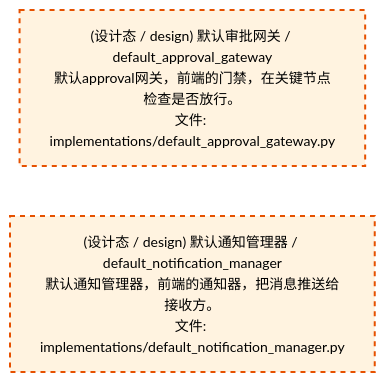
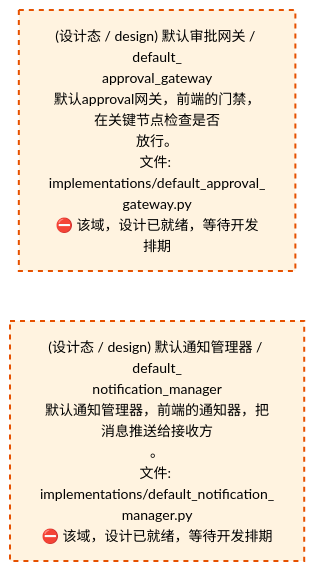
The third of 4 diagrams in docs/02_enterprise_architecture/02_domain_architecture_docs/47_d_frontend.md (xuanFelixVan/ZephyrAlpha), drawn with Mermaid before and after one commit. The commit also changed other lines of this file and 61 other files, not shown here.

````diff
--- a/docs/02_enterprise_architecture/02_domain_architecture_docs/47_d_frontend.md
+++ b/docs/02_enterprise_architecture/02_domain_architecture_docs/47_d_frontend.md
@@ -177,12 +177,12 @@
 ```mermaid
 %%{init: {'theme': 'base', 'themeVariables': {'primaryColor': '#eaeaea', 'primaryTextColor': '#333333', 'primaryBorderColor': '#666666', 'lineColor': '#666666', 'secondaryColor': '#eaeaea', 'tertiaryColor': '#eaeaea', 'fontSize': '14px'}}}%%
 flowchart TD
-    src_zephyr_frontend_implementations_default_approval_gateway_py["(设计态 / design) 默认审批网关 / default_approval_gateway<br/>默认approval网关，前端的门禁，在关键节点检查是否放行。<br/>文件: implementations/default_approval_gateway.py"]
-    src_zephyr_frontend_implementations_default_notification_manager_py["(设计态 / design) 默认通知管理器 / default_notification_manager<br/>默认通知管理器，前端的通知器，把消息推送给接收方。<br/>文件: implementations/default_notification_manager.py"]
+    src_zephyr_frontend_implementations_default_approval_gateway_py["(设计态 / design) 默认审批网关 / default_<br/>approval_gateway<br/>默认approval网关，前端的门禁，在关键节点检查是否<br/>放行。<br/>文件: implementations/default_approval_<br/>gateway.py<br/>⛔ 该域，设计已就绪，等待开发排期"]
+    src_zephyr_frontend_implementations_default_notification_manager_py["(设计态 / design) 默认通知管理器 / default_<br/>notification_manager<br/>默认通知管理器，前端的通知器，把消息推送给接收方<br/>。<br/>文件: implementations/default_notification_<br/>manager.py<br/>⛔ 该域，设计已就绪，等待开发排期"]
     src_zephyr_frontend_implementations_default_approval_gateway_py ~~~ src_zephyr_frontend_implementations_default_notification_manager_py
     classDef production fill:#e1f5fe,stroke:#01579b,stroke-width:2px,color:#000
     classDef design fill:#fff3e0,stroke:#e65100,stroke-width:2px,color:#000,stroke-dasharray: 5 5
     classDef external_prod fill:#e8f4fd,stroke:#0277bd,stroke-width:1px,color:#000
     classDef external_design fill:#fff8e7,stroke:#ef6c00,stroke-width:1px,color:#000,stroke-dasharray: 5 5
     class src_zephyr_frontend_implementations_default_approval_gateway_py,src_zephyr_frontend_implementations_default_notification_manager_py design
 ```
````
